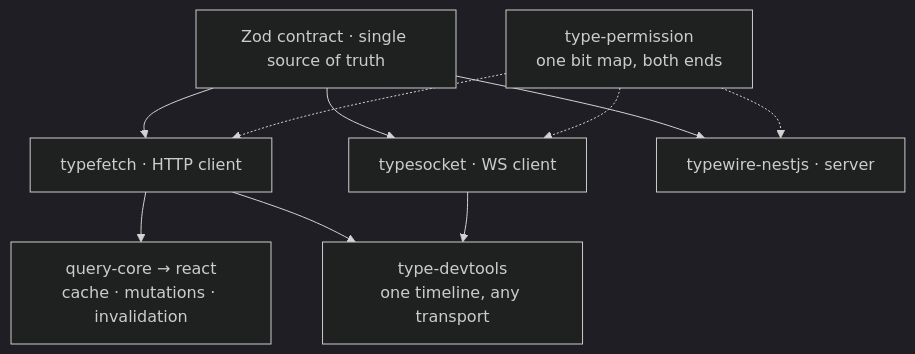
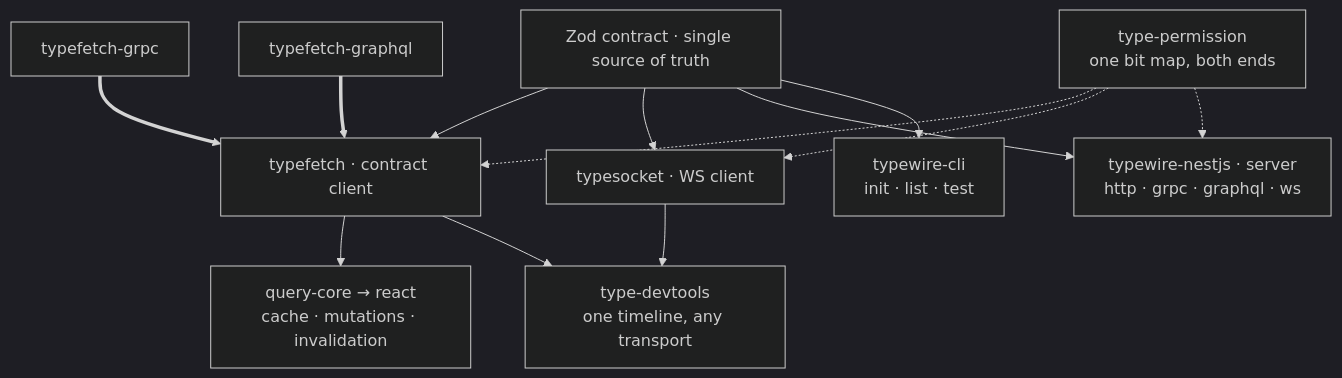
One commit to TahaNabavi/typewire changed the diagram in README.md. Above: the diagram before and after it, drawn with Mermaid (dark theme). The commit also changed other lines of this file and 12 other files, not shown here.

````diff
--- a/README.md
+++ b/README.md
@@ -169,13 +194,16 @@
 ```mermaid
 flowchart TD
   C["Zod contract · single source of truth"]
-  C --> F["typefetch · HTTP client"]
+  C --> F["typefetch · contract client"]
   C --> S["typesocket · WS client"]
-  C --> N["typewire-nestjs · server"]
+  C --> N["typewire-nestjs · server<br/>http · grpc · graphql · ws"]
+  C --> L["typewire-cli<br/>init · list · test"]
+  G["typefetch-grpc"] ==> F
+  H["typefetch-graphql"] ==> F
   F --> Q["query-core → react<br/>cache · mutations · invalidation"]
   F --> D["type-devtools<br/>one timeline, any transport"]
   S --> D
   P["type-permission<br/>one bit map, both ends"] -.-> F
   P -.-> S
   P -.-> N
 ```
````
